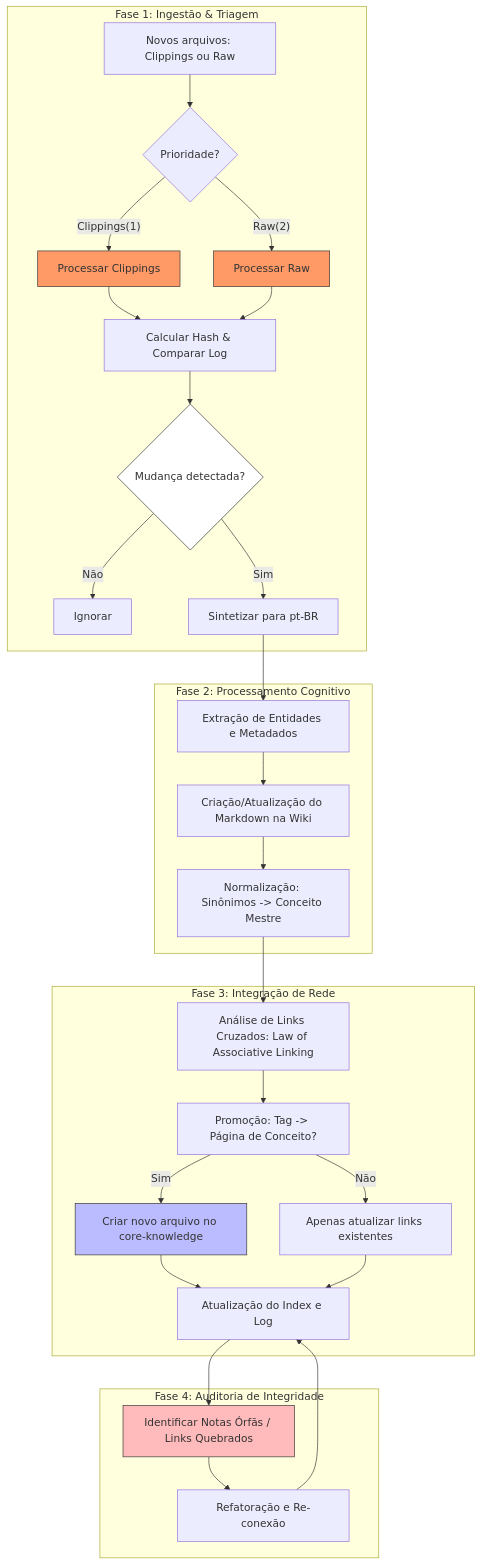
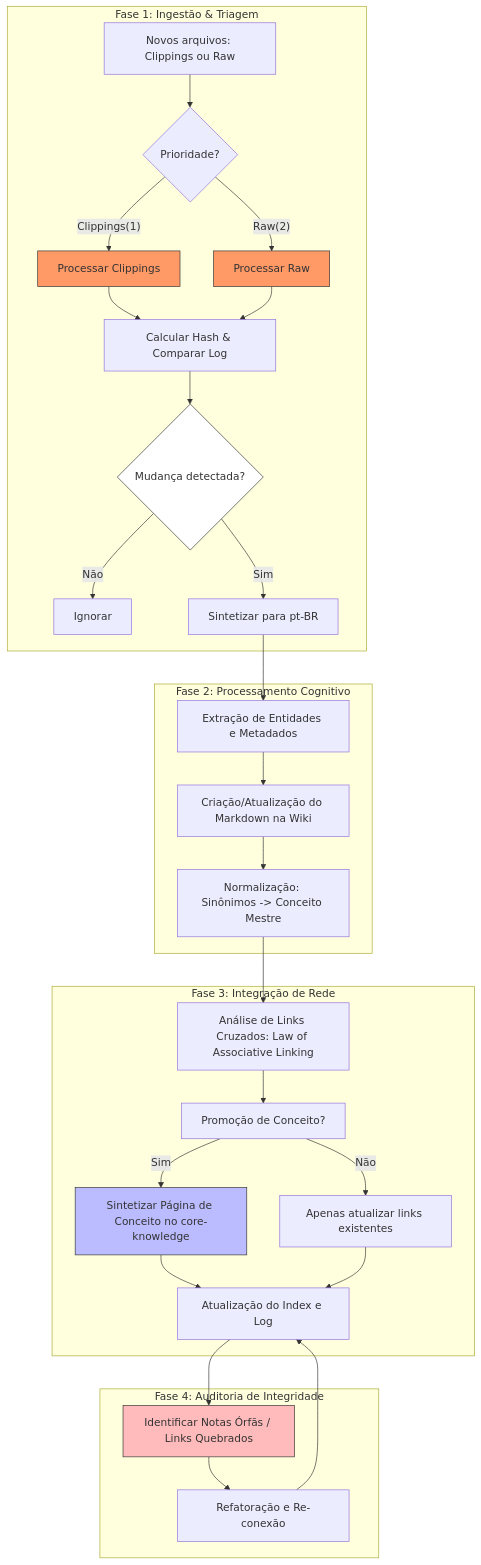
Before and after one commit to EduBuarque/Obsidian: the diagram in base_conhecimento/GKE_RULES.md, drawn with Mermaid. The commit also changed other lines of this file and 3 other files, not shown here.

````diff
--- a/base_conhecimento/GKE_RULES.md
+++ b/base_conhecimento/GKE_RULES.md
@@ -27,45 +27,46 @@
 ```mermaid
 graph TD
     %% Fase 1: Ingestão
     subgraph Ingestao [Fase 1: Ingestão & Triagem]
         A[Novos arquivos: Clippings ou Raw] --> B{Prioridade?}
         B -- Clippings(1) --> C[Processar Clippings]
         B -- Raw(2) --> D[Processar Raw]
         C --> E[Calcular Hash & Comparar Log]
         D --> E
         E --> F{Mudança detectada?}
         F -- Não --> G[Ignorar]
         F -- Sim --> H[Sintetizar para pt-BR]
     end
 
     %% Fase 2: Processamento Cognitivo
     subgraph Processamento [Fase 2: Processamento Cognitivo]
         H --> I[Extração de Entidades e Metadados]
         I --> J[Criação/Atualização do Markdown na Wiki]
         J --> K[Normalização: Sinônimos -> Conceito Mestre]
     end
 
     %% Fase 3: Integração e Conexão
     subgraph Conexao [Fase 3: Integração de Rede]
         K --> L[Análise de Links Cruzados: Law of Associative Linking]
-        L --> M[Promoção: Tag -> Página de Conceito?]
-        M -- Sim --> N[Criar novo arquivo no core-knowledge]
+        L --> M[Promoção de Conceito?]
+        M -- Sim --> N[Sintetizar Página de Conceito no core-knowledge]
         M -- Não --> O[Apenas atualizar links existentes]
         N --> P[Atualização do Index e Log]
         O --> P
     end
+
 
     %% Fase 4: Manutenção
     subgraph Manutencao [Fase 4: Auditoria de Integridade]
         P --> Q[Identificar Notas Órfãs / Links Quebrados]
         Q --> R[Refatoração e Re-conexão]
         R --> P
     end
 
     %% Estilização
     style C fill:#f96,stroke:#333
     style D fill:#f96,stroke:#333
     style N fill:#bbf,stroke:#333
     style Q fill:#fbb,stroke:#333
     style F fill:#fff,stroke:#333
 ```
````
